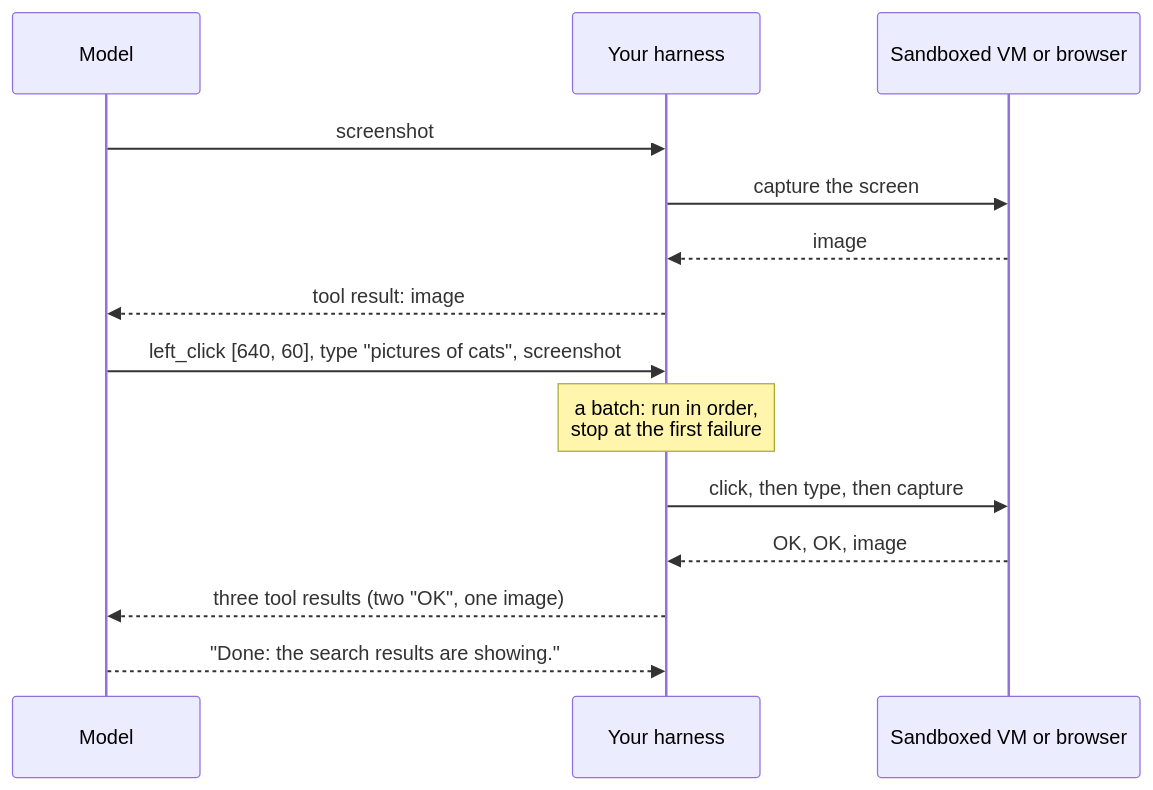
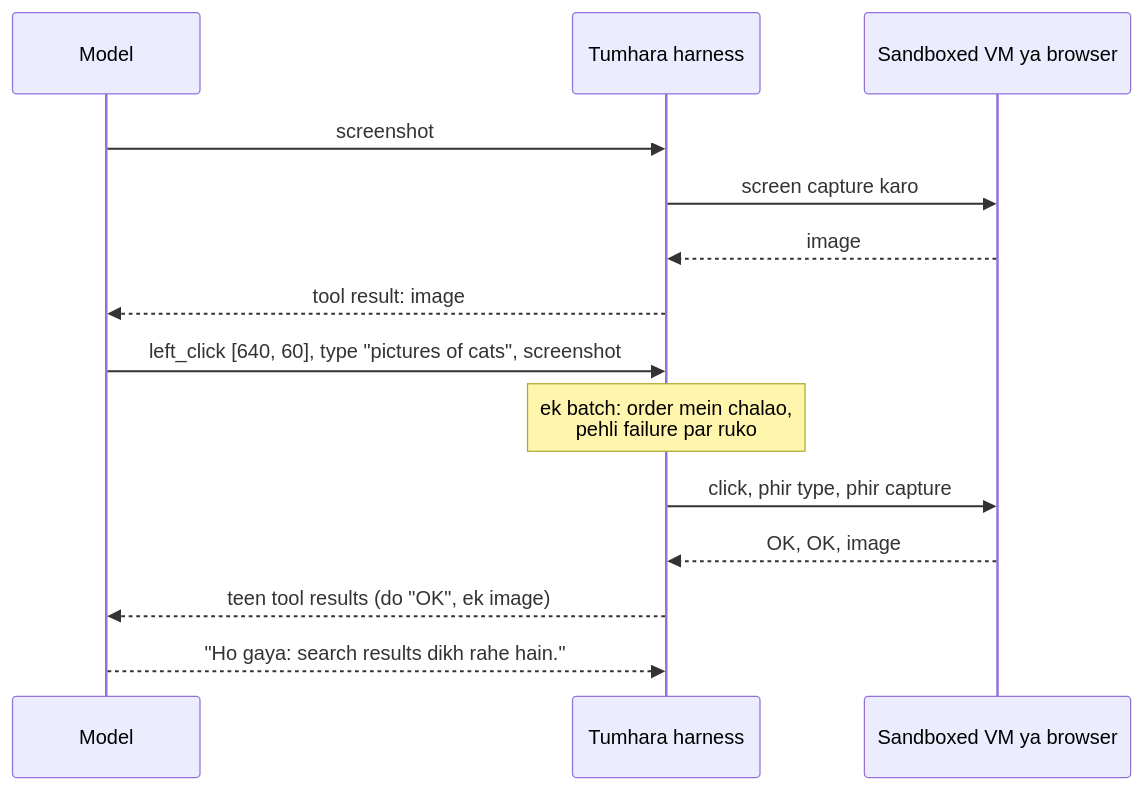
Before and after one commit to asmustechno/agentic-ai-notes: the diagram in docs/03-tools-and-function-calling/03.7-computer-use-and-browser-agents.md, drawn with Mermaid. The commit also changed other lines of this file and 135 other files, not shown here.

````diff
--- a/docs/03-tools-and-function-calling/03.7-computer-use-and-browser-agents.md
+++ b/docs/03-tools-and-function-calling/03.7-computer-use-and-browser-agents.md
@@ -46,16 +46,16 @@
 ```mermaid
 sequenceDiagram
     participant M as Model
-    participant H as Your harness
-    participant VM as Sandboxed VM or browser
+    participant H as Tumhara harness
+    participant VM as Sandboxed VM ya browser
     M->>H: screenshot
-    H->>VM: capture the screen
+    H->>VM: screen capture karo
     VM-->>H: image
     H-->>M: tool result: image
     M->>H: left_click [640, 60], type "pictures of cats", screenshot
-    Note over H: a batch: run in order,<br/>stop at the first failure
-    H->>VM: click, then type, then capture
+    Note over H: ek batch: order mein chalao,<br/>pehli failure par ruko
+    H->>VM: click, phir type, phir capture
     VM-->>H: OK, OK, image
-    H-->>M: three tool results (two "OK", one image)
-    M-->>H: "Done: the search results are showing."
+    H-->>M: teen tool results (do "OK", ek image)
+    M-->>H: "Ho gaya: search results dikh rahe hain."
 ```
````
